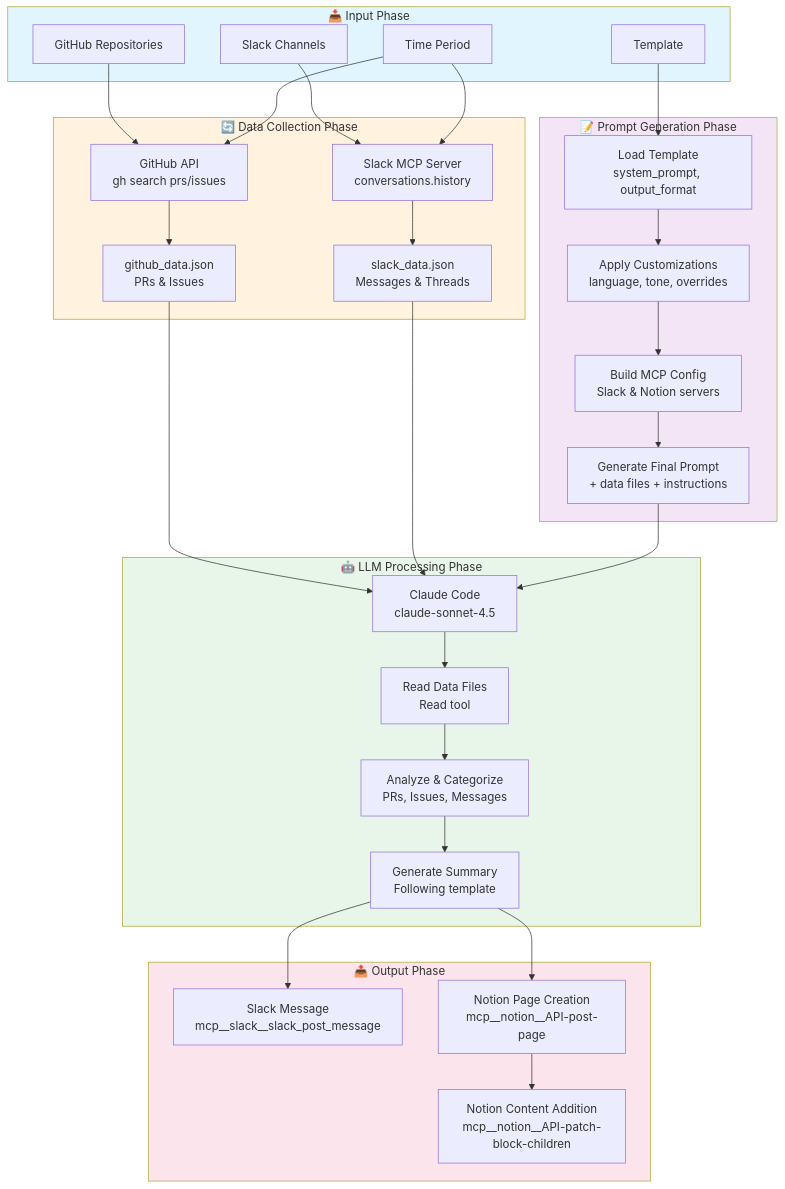
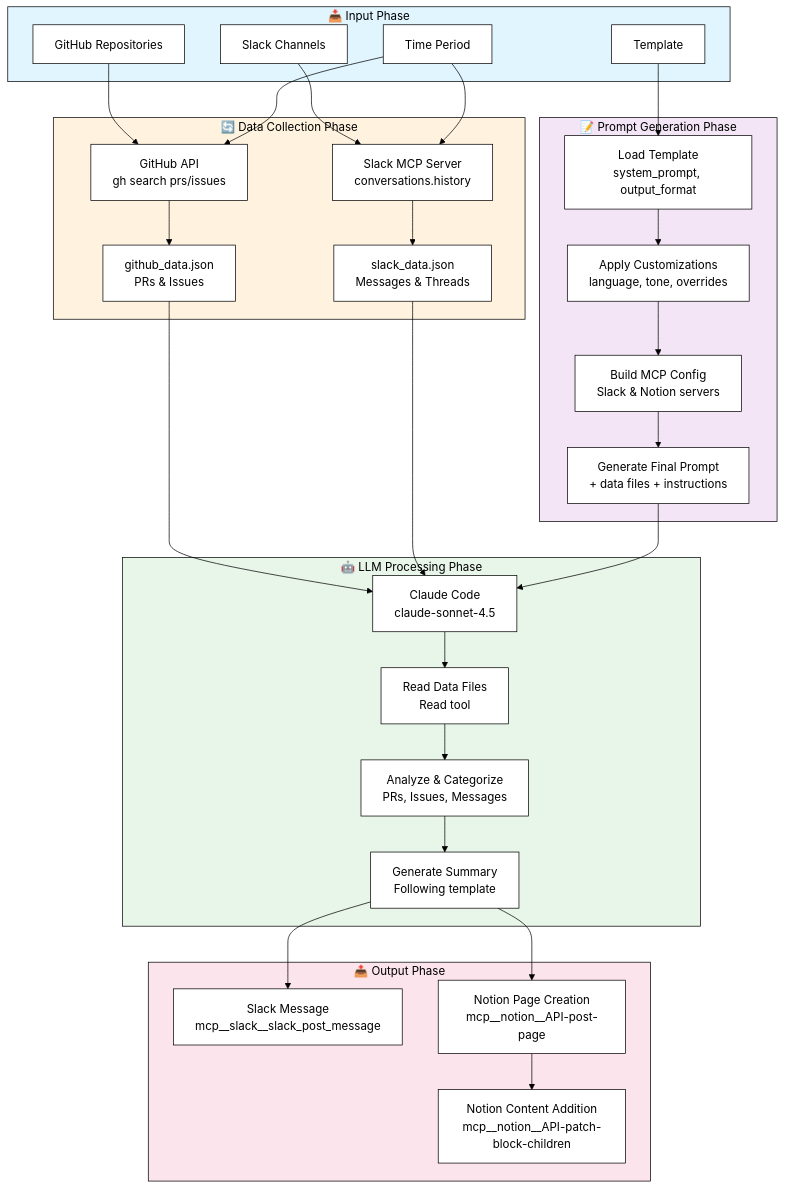
One commit to nakamasato/claude-code-actions changed the first of 2 diagrams in project-summary/README.md. Above: the diagram before and after it, drawn with Mermaid. The commit also changed other lines of this file, not shown here.

Commit message:
style: set white background for mermaid diagrams
- Added theme configuration to both mermaid diagrams
- Set background to white (#ffffff) for better visibility in dark mode
- Configured text and border colors to black for contrast
- Ensures diagrams are readable in both light and dark themes

````diff
--- a/project-summary/README.md
+++ b/project-summary/README.md
@@ -19,64 +19,65 @@
 ```mermaid
+%%{init: {'theme':'base', 'themeVariables': { 'primaryColor':'#fff', 'primaryTextColor':'#000', 'primaryBorderColor':'#000', 'lineColor':'#000', 'secondaryColor':'#f0f0f0', 'tertiaryColor':'#fff', 'background':'#ffffff', 'mainBkg':'#ffffff', 'secondBkg':'#f0f0f0', 'tertiaryBorderColor':'#000', 'tertiaryTextColor':'#000'}}}%%
 flowchart TB
     subgraph Input ["📥 Input Phase"]
         A1[GitHub Repositories]
         A2[Slack Channels]
         A3[Time Period]
         A4[Template]
     end
 
     subgraph DataCollection ["🔄 Data Collection Phase"]
         B1[GitHub API<br/>gh search prs/issues]
         B2[Slack MCP Server<br/>conversations.history]
         B3[github_data.json<br/>PRs & Issues]
         B4[slack_data.json<br/>Messages & Threads]
     end
 
     subgraph PromptGen ["📝 Prompt Generation Phase"]
         C1[Load Template<br/>system_prompt, output_format]
         C2[Apply Customizations<br/>language, tone, overrides]
         C3[Build MCP Config<br/>Slack & Notion servers]
         C4[Generate Final Prompt<br/>+ data files + instructions]
     end
 
     subgraph LLM ["🤖 LLM Processing Phase"]
         D1[Claude Code<br/>claude-sonnet-4.5]
         D2[Read Data Files<br/>Read tool]
         D3[Analyze & Categorize<br/>PRs, Issues, Messages]
         D4[Generate Summary<br/>Following template]
     end
 
     subgraph Output ["📤 Output Phase"]
         E1[Slack Message<br/>mcp__slack__slack_post_message]
         E2[Notion Page Creation<br/>mcp__notion__API-post-page]
         E3[Notion Content Addition<br/>mcp__notion__API-patch-block-children]
     end
 
     A1 --> B1
     A2 --> B2
     A3 --> B1 & B2
     B1 --> B3
     B2 --> B4
 
     A4 --> C1
     C1 --> C2
     C2 --> C3
     C3 --> C4
 
     B3 --> D1
     B4 --> D1
     C4 --> D1
     D1 --> D2
     D2 --> D3
     D3 --> D4
 
     D4 --> E1
     D4 --> E2
     E2 --> E3
 
     style Input fill:#e1f5ff
     style DataCollection fill:#fff3e0
     style PromptGen fill:#f3e5f5
     style LLM fill:#e8f5e9
     style Output fill:#fce4ec
 ```
````
